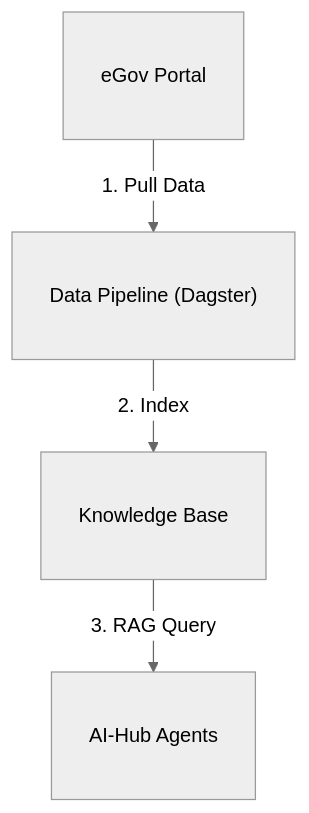
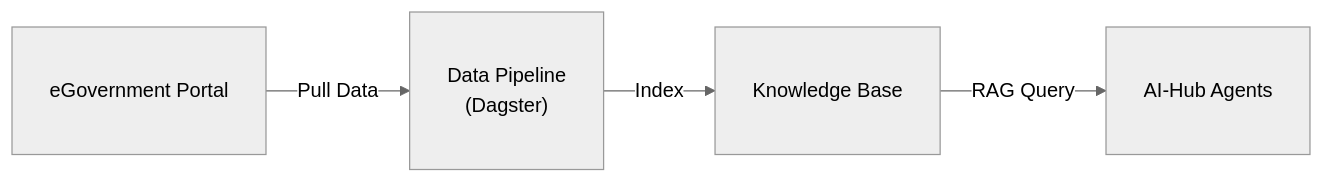
The second of 2 diagrams in aihub_doc/docs/2_platform/20_external_integrations/1_egov_portals/index.en.md (bbvch-ai/aihub-core), drawn with Mermaid (neutral theme) before and after one commit. The commit also changed other lines of this file, not shown here.

Commit message:
docs: Refine eGovernment portal integration diagrams for improved clarity and consistency

````diff
--- a/aihub_doc/docs/2_platform/20_external_integrations/1_egov_portals/index.en.md
+++ b/aihub_doc/docs/2_platform/20_external_integrations/1_egov_portals/index.en.md
@@ -59,13 +59,13 @@
 ```mermaid
-graph TB
-    Portal["eGov Portal"]
-    Pipeline["Data Pipeline (Dagster)"]
+graph LR
+    Portal["eGovernment Portal"]
+    Pipeline["Data Pipeline<br/>(Dagster)"]
     KB["Knowledge Base"]
     Agents["AI-Hub Agents"]
 
-    Portal -->|"1. Pull Data"| Pipeline
-    Pipeline -->|"2. Index"| KB
-    KB -->|"3. RAG Query"| Agents
-
-    classDef default font-size:16px,padding:20px
+    Portal -->|"Pull Data"| Pipeline
+    Pipeline -->|"Index"| KB
+    KB -->|"RAG Query"| Agents
+    
+    classDef default padding:1px
 ```
````
